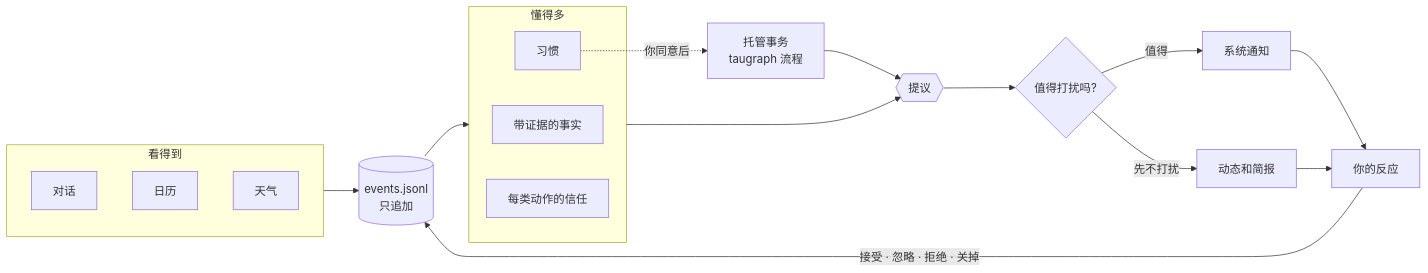
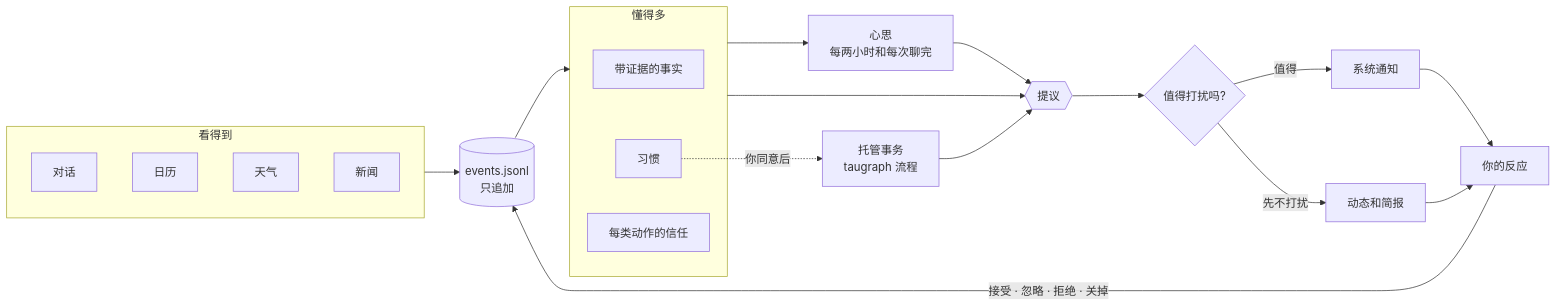
One commit to lycenxx/moqi changed the first of 2 diagrams in README.zh-CN.md. Above: the diagram before and after it, drawn with Mermaid. The commit also changed other lines of this file and 28 other files, not shown here.

````diff
--- a/README.zh-CN.md
+++ b/README.zh-CN.md
@@ -17,27 +17,30 @@
 ```mermaid
 flowchart LR
   subgraph notice [看得到]
     talk[对话]
     cal[日历]
     wx[天气]
+    rss[新闻]
   end
   log[("events.jsonl<br/>只追加")]
   subgraph understand [懂得多]
     facts[带证据的事实]
     routines[习惯]
     trust[每类动作的信任]
   end
   watches[托管事务<br/>taugraph 流程]
+  think[心思<br/>每两小时和每次聊完]
   offer{{提议}}
   gate{值得打扰吗?}
   notice --> log --> understand
+  understand --> think --> offer
   understand --> offer
   watches --> offer
   routines -.->|你同意后| watches
   offer --> gate
   gate -->|值得| notify[系统通知]
   gate -->|先不打扰| feed[动态和简报]
   notify --> react[你的反应]
   feed --> react
   react -->|接受 · 忽略 · 拒绝 · 关掉| log
 ```
````
